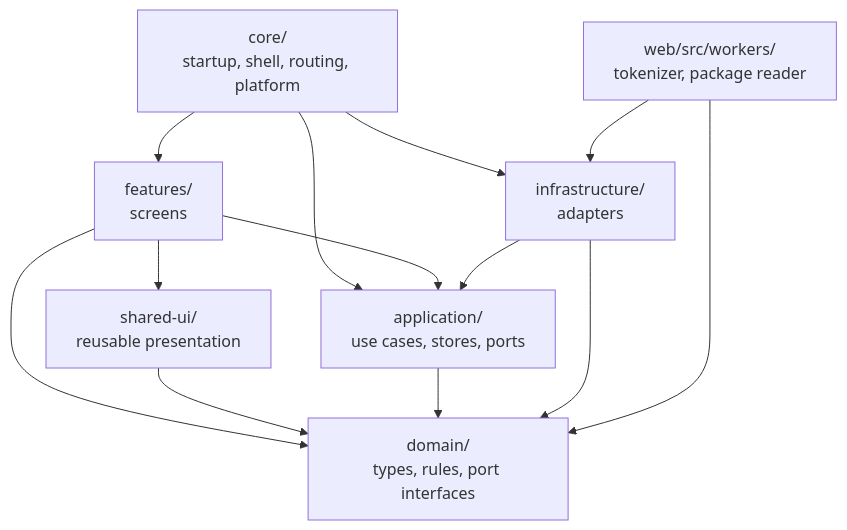
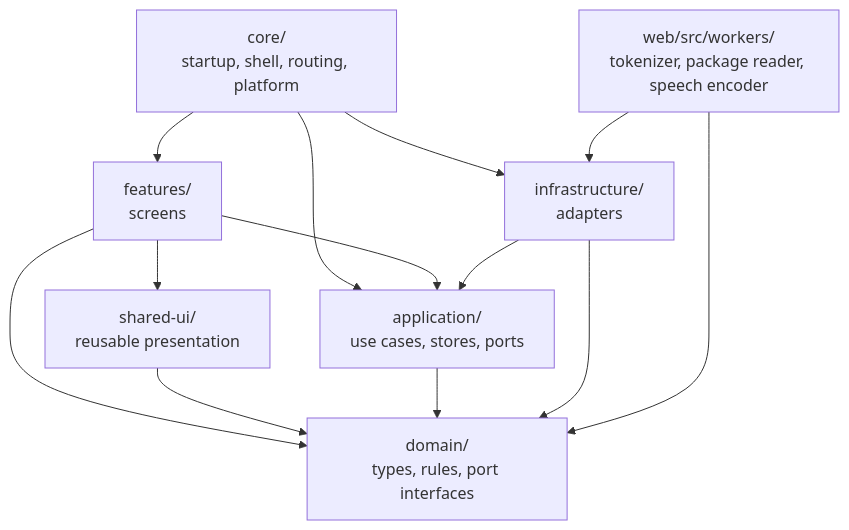
Before and after one commit to tobiaslrn/monosai: the first of 3 diagrams in docs/arc42/05-building-block-view.md, drawn with Mermaid. The commit also changed other lines of this file and 4 other files, not shown here.

````diff
--- a/docs/arc42/05-building-block-view.md
+++ b/docs/arc42/05-building-block-view.md
@@ -14,23 +14,23 @@
 ```mermaid
 flowchart TB
     core["core/<br/>startup, shell, routing, platform"]
     features["features/<br/>screens"]
     sharedui["shared-ui/<br/>reusable presentation"]
     application["application/<br/>use cases, stores, ports"]
     infrastructure["infrastructure/<br/>adapters"]
-    workers["web/src/workers/<br/>tokenizer, package reader"]
+    workers["web/src/workers/<br/>tokenizer, package reader, speech encoder"]
     domain["domain/<br/>types, rules, port interfaces"]
 
     core --> features
     core --> application
     core --> infrastructure
     features --> application
     features --> sharedui
     features --> domain
     sharedui --> domain
     application --> domain
     infrastructure --> application
     infrastructure --> domain
     workers --> infrastructure
     workers --> domain
 ```
````
